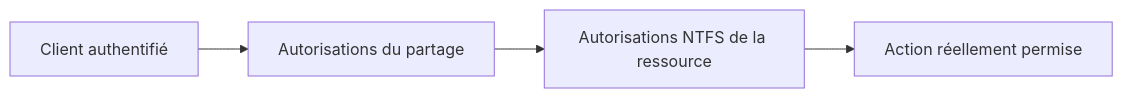
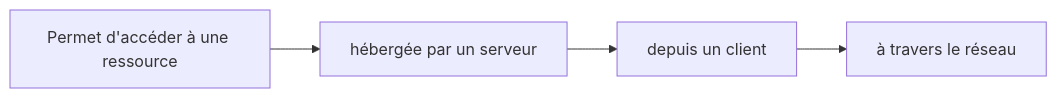
Before and after one commit to sk34pk25/tssr-cours: the third of 5 diagrams in docs/modules/02-systemes-clients-microsoft/module-08-le-partage-de-ressources.md, drawn with Mermaid. The commit also changed other lines of this file and 13 other files, not shown here.

````diff
--- a/docs/modules/02-systemes-clients-microsoft/module-08-le-partage-de-ressources.md
+++ b/docs/modules/02-systemes-clients-microsoft/module-08-le-partage-de-ressources.md
@@ -21,6 +97,10 @@
 ```mermaid
 flowchart LR
-    A["Client authentifié"] --> B["Autorisations du partage"]
-    B --> C["Autorisations NTFS de la ressource"]
-    C --> D["Action réellement permise"]
+    N1["Permet d'accéder à une ressource"]
+    N2["hébergée par un serveur"]
+    N3["depuis un client"]
+    N4["à travers le réseau"]
+    N1 --> N2
+    N2 --> N3
+    N3 --> N4
 ```
````
